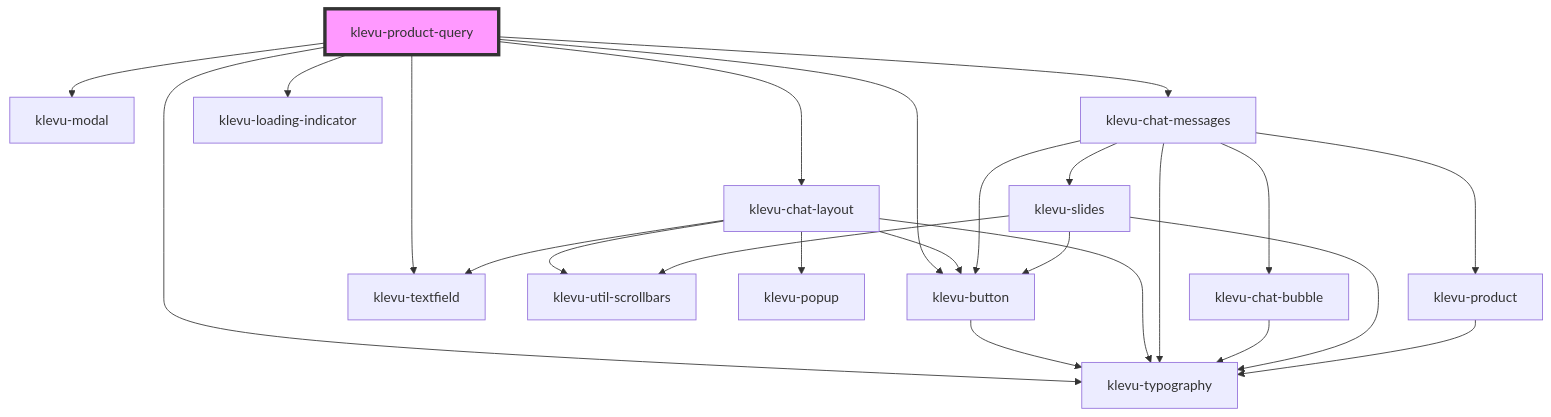
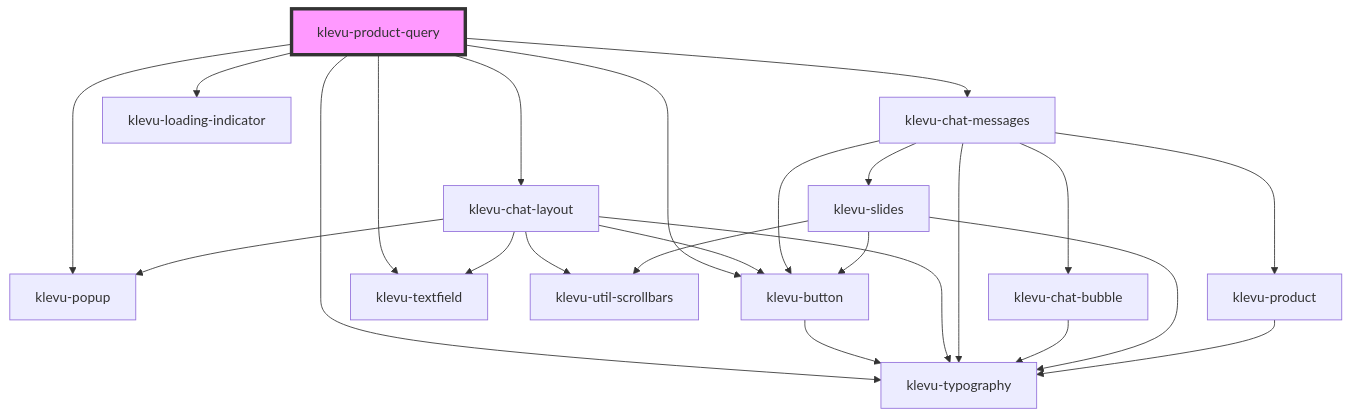
The diagram in packages/klevu-ui/src/components/klevu-product-query/readme.md (klevultd/frontend-sdk), drawn with Mermaid before and after one commit. The commit also changed other lines of this file and 11 other files, not shown here.

````diff
--- a/packages/klevu-ui/src/components/klevu-product-query/readme.md
+++ b/packages/klevu-ui/src/components/klevu-product-query/readme.md
@@ -38,27 +42,27 @@
 ```mermaid
 graph TD;
+  klevu-product-query --> klevu-popup
   klevu-product-query --> klevu-button
-  klevu-product-query --> klevu-modal
   klevu-product-query --> klevu-typography
   klevu-product-query --> klevu-chat-layout
   klevu-product-query --> klevu-chat-messages
   klevu-product-query --> klevu-loading-indicator
   klevu-product-query --> klevu-textfield
   klevu-button --> klevu-typography
   klevu-chat-layout --> klevu-typography
   klevu-chat-layout --> klevu-button
   klevu-chat-layout --> klevu-util-scrollbars
   klevu-chat-layout --> klevu-popup
   klevu-chat-layout --> klevu-textfield
   klevu-chat-messages --> klevu-chat-bubble
   klevu-chat-messages --> klevu-typography
   klevu-chat-messages --> klevu-button
   klevu-chat-messages --> klevu-slides
   klevu-chat-messages --> klevu-product
   klevu-chat-bubble --> klevu-typography
   klevu-slides --> klevu-typography
   klevu-slides --> klevu-button
   klevu-slides --> klevu-util-scrollbars
   klevu-product --> klevu-typography
   style klevu-product-query fill:#f9f,stroke:#333,stroke-width:4px
 ```
````
